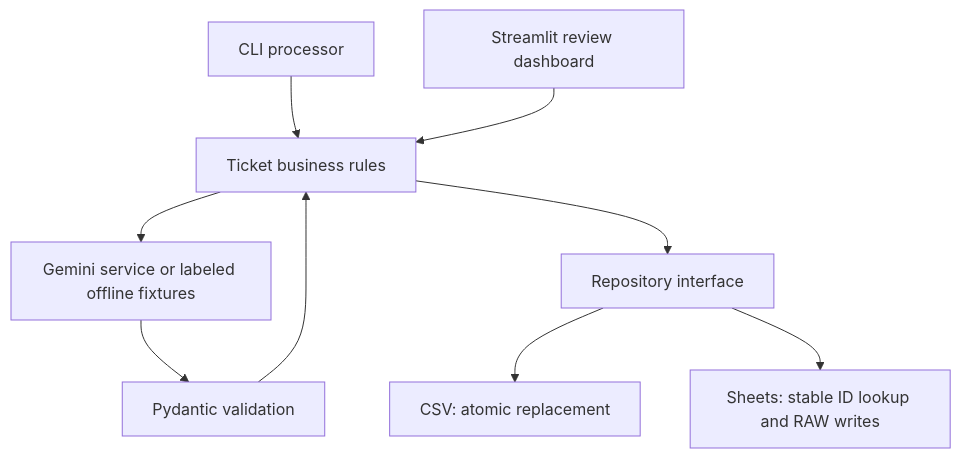
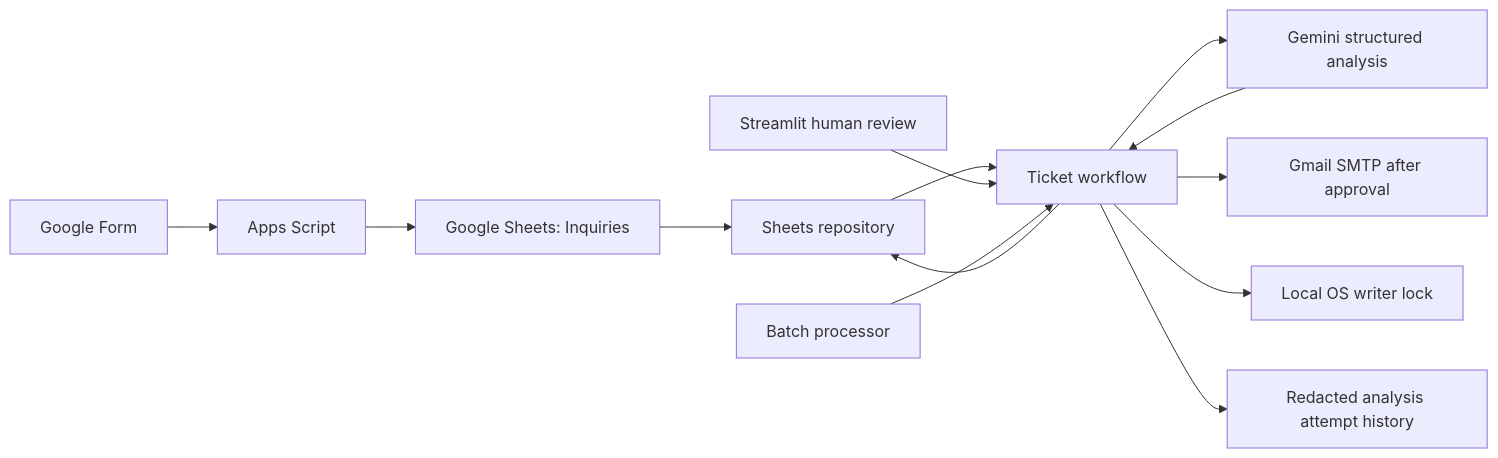
One commit to nilupul-madhusanka/ai-customer-support-automation changed the diagram in docs/architecture.md. Above: the diagram before and after it, drawn with Mermaid. The commit also changed other lines of this file and 38 other files, not shown here.

Commit message:
feat: add Google Apps Script integration and modularize core agent services and tests

````diff
--- a/docs/architecture.md
+++ b/docs/architecture.md
@@ -3,11 +3,15 @@
 ```mermaid
-flowchart TD
-    CLI[CLI processor] --> Workflow[Ticket business rules]
-    UI[Streamlit review dashboard] --> Workflow
-    Workflow --> AI[Gemini service or labeled offline fixtures]
-    AI --> Validation[Pydantic validation]
-    Validation --> Workflow
-    Workflow --> Repository[Repository interface]
-    Repository --> CSV[CSV: atomic replacement]
-    Repository --> Sheets[Sheets: stable ID lookup and RAW writes]
+flowchart LR
+    Form[Google Form] --> Intake[Apps Script]
+    Intake --> Sheet[Google Sheets: Inquiries]
+    Sheet --> Repository[Sheets repository]
+    Repository --> Workflow[Ticket workflow]
+    Workflow --> AI[Gemini structured analysis]
+    AI --> Workflow
+    Workflow --> Repository
+    UI[Streamlit human review] --> Workflow
+    CLI[Batch processor] --> Workflow
+    Workflow --> Email[Gmail SMTP after approval]
+    Workflow --> Lock[Local OS writer lock]
+    Workflow --> Audit[Redacted analysis attempt history]
 ```
````
